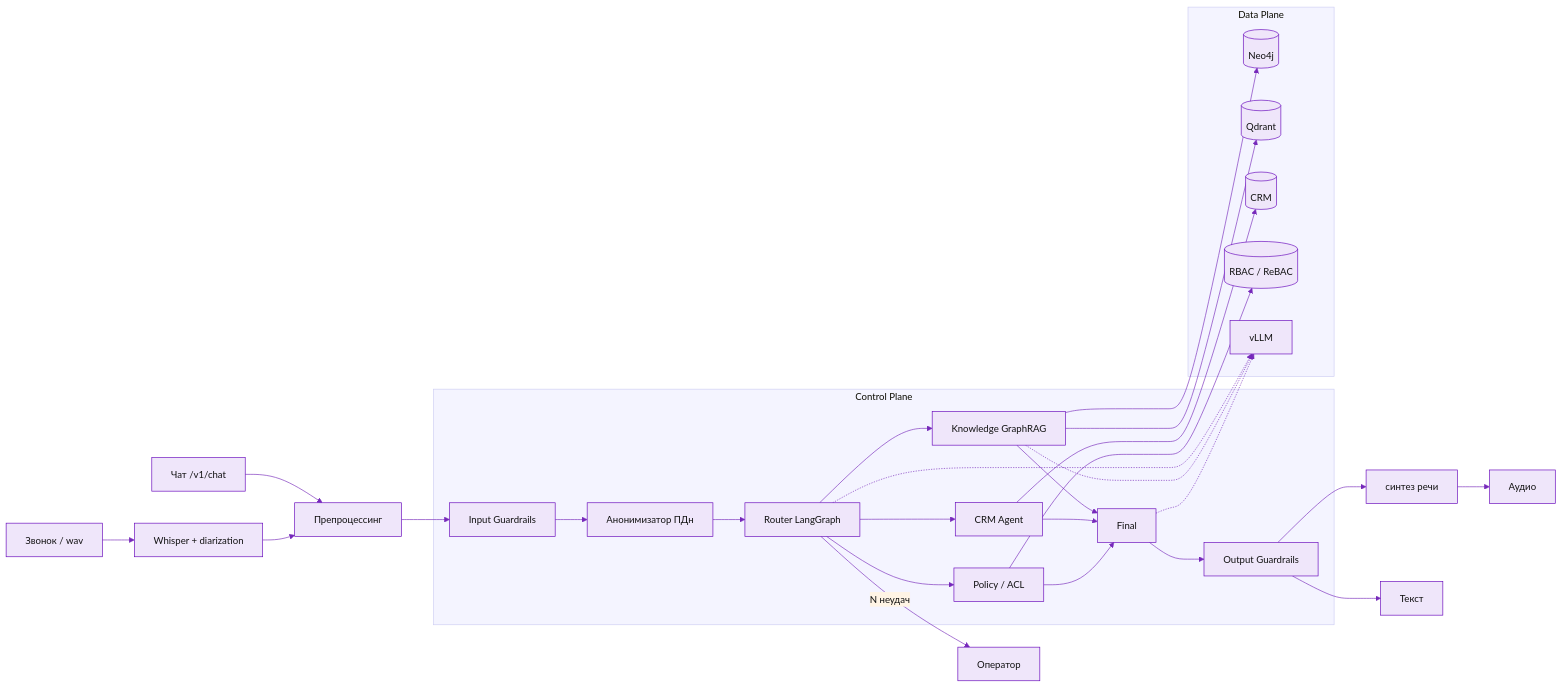
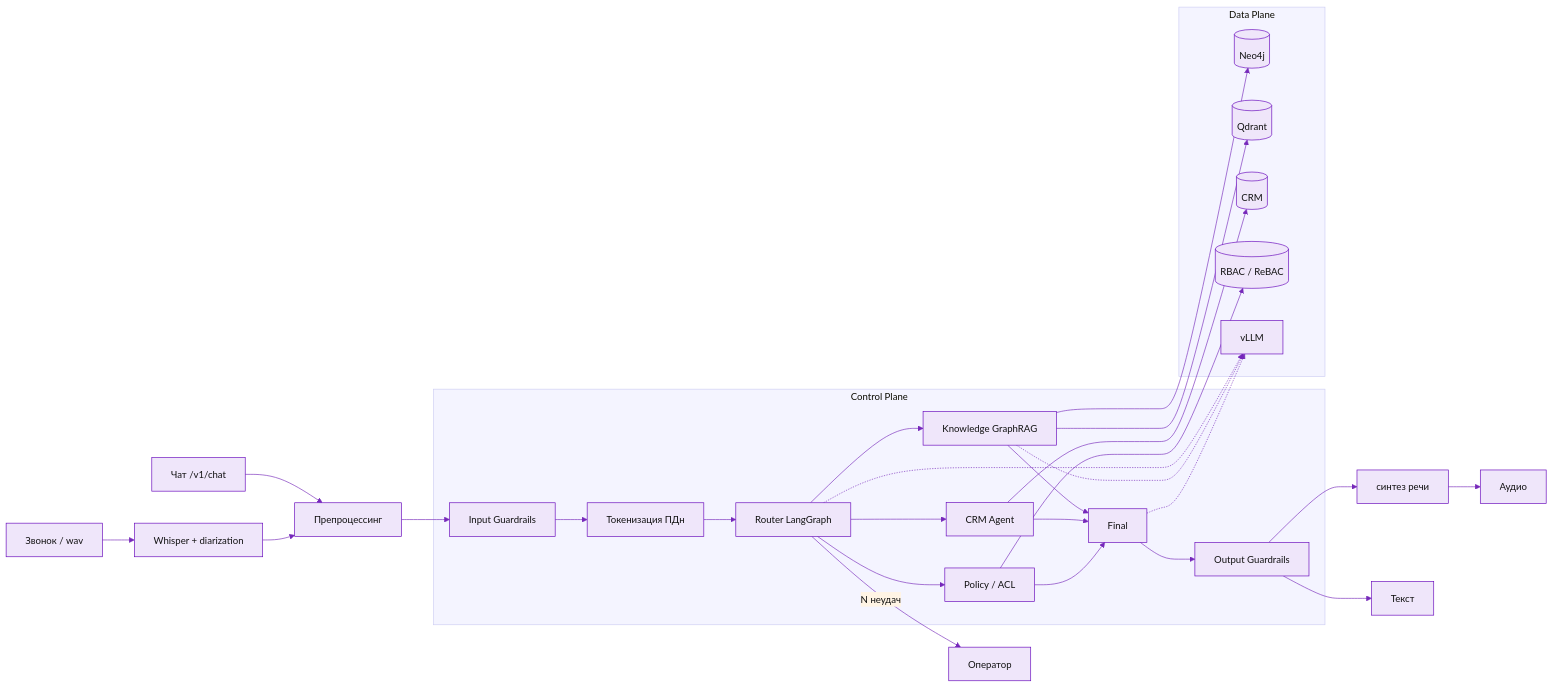
One commit to divisee/otus-ai-architect changed the diagram in final-project/slides/cognitive.mmd. Above: the diagram before and after it, drawn with Mermaid. The commit also changed 4 other files, not shown here.

First line of the commit message:
Proofread the deck: fix contradictions, explain every figure, prune stale glosses.

```diff
--- a/final-project/slides/cognitive.mmd
+++ b/final-project/slides/cognitive.mmd
@@ -1,44 +1,44 @@
 %%{init: {'theme':'base','themeVariables':{'primaryColor':'#efe6fa','primaryTextColor':'#111111','primaryBorderColor':'#6402ba','lineColor':'#7629ba','secondaryColor':'#fff4e5','tertiaryColor':'#f4f4ff','fontFamily':'Roboto, Arial, sans-serif','fontSize':'15px','actorBkg':'#efe6fa','actorBorder':'#6402ba','actorTextColor':'#111111','signalColor':'#6402ba','signalTextColor':'#111111','noteBkgColor':'#fff4e5','noteBorderColor':'#ffab40'}}}%%
 
 flowchart LR
     CALL[Звонок / wav] --> ASR[Whisper + diarization]
     TXT[Чат /v1/chat] --> PRE
     ASR --> PRE[Препроцессинг]
     PRE --> IG[Input Guardrails]
-    IG --> ANON[Анонимизатор ПДн]
+    IG --> ANON[Токенизация ПДн]
     ANON --> R[Router LangGraph]
     R --> K[Knowledge GraphRAG]
     R --> C[CRM Agent]
     R --> POL[Policy / ACL]
     R -->|N неудач| OP[Оператор]
     K --> G[(Neo4j)]
     K --> V[(Qdrant)]
     C --> CRM[(CRM)]
     POL --> ACL[(RBAC / ReBAC)]
     K --> F[Final]
     C --> F
     POL --> F
     F --> OG[Output Guardrails]
     OG --> TTS[синтез речи]
     OG --> OUT[Текст]
     TTS --> AUDIO[Аудио]
     subgraph CP["Control Plane"]
         IG
         ANON
         R
         K
         C
         POL
         F
         OG
     end
     subgraph DP["Data Plane"]
         G
         V
         CRM
         ACL
         LLM[vLLM]
     end
     R -.-> LLM
     K -.-> LLM
     F -.-> LLM
```
